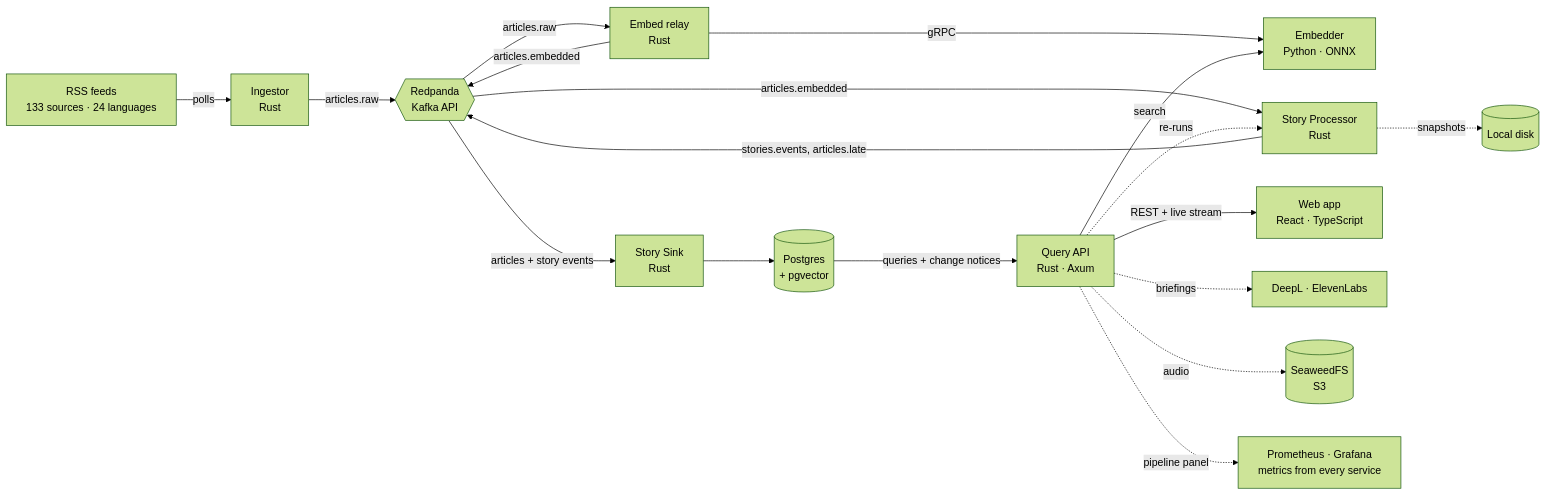
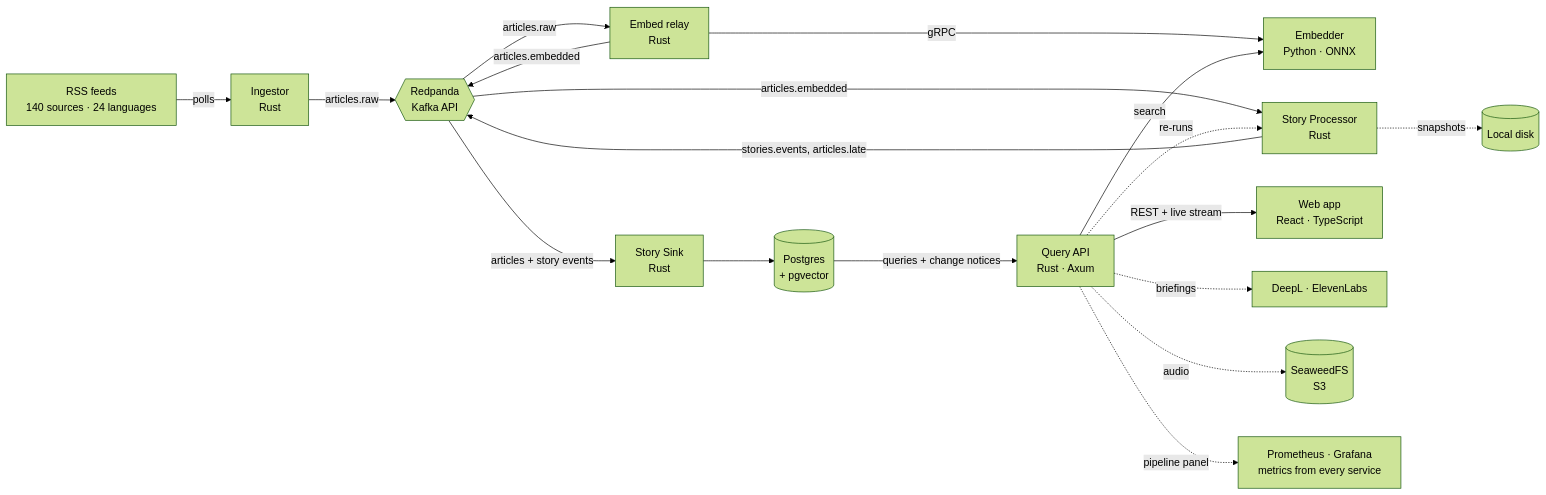
Before and after one commit to DAmin05/Pulse: the diagram in README.md, drawn with Mermaid (forest theme). The commit also changed other lines of this file and 13 other files, not shown here.

````diff
--- a/README.md
+++ b/README.md
@@ -175,20 +175,20 @@
 ```mermaid
 flowchart LR
-    RSS[RSS feeds<br/>133 sources · 24 languages] -->|polls| ING[Ingestor<br/>Rust]
+    RSS[RSS feeds<br/>140 sources · 24 languages] -->|polls| ING[Ingestor<br/>Rust]
     ING -->|articles.raw| K{{Redpanda<br/>Kafka API}}
     K -->|articles.raw| REL[Embed relay<br/>Rust]
     REL -->|gRPC| EMB[Embedder<br/>Python · ONNX]
     REL -->|articles.embedded| K
     K -->|articles.embedded| PROC[Story Processor<br/>Rust]
     PROC -->|stories.events, articles.late| K
     PROC -.->|snapshots| DISK[(Local disk)]
     K -->|articles + story events| SINK[Story Sink<br/>Rust]
     SINK --> PG[(Postgres<br/>+ pgvector)]
     PG -->|queries + change notices| API[Query API<br/>Rust · Axum]
     API -->|REST + live stream| WEB[Web app<br/>React · TypeScript]
     API -->|search| EMB
     API -.->|re-runs| PROC
     API -.->|briefings| EXT[DeepL · ElevenLabs]
     API -.->|audio| S3[(SeaweedFS<br/>S3)]
     API -.->|pipeline panel| PROM[Prometheus · Grafana<br/>metrics from every service]
 ```
````
